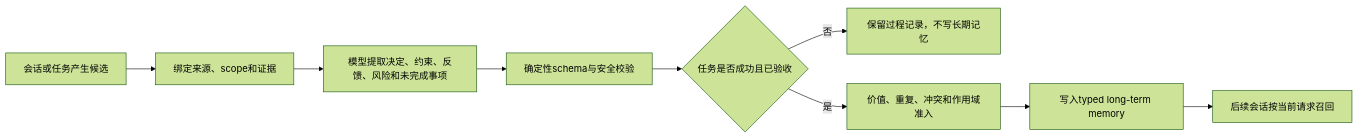
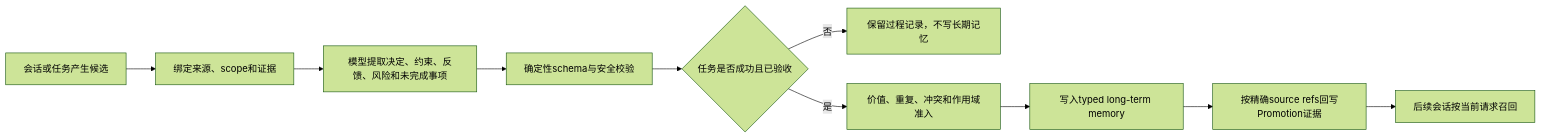
One commit to mumulinya/ccm-web changed the third of 3 diagrams in docs/confirmed-business-processes/MEMORY-SYSTEM-END-TO-END.md. Above: the diagram before and after it, drawn with Mermaid (forest theme). The commit also changed other lines of this file and 308 other files, not shown here.

````diff
--- a/docs/confirmed-business-processes/MEMORY-SYSTEM-END-TO-END.md
+++ b/docs/confirmed-business-processes/MEMORY-SYSTEM-END-TO-END.md
@@ -291,11 +415,12 @@
 ```mermaid
 flowchart LR
     A["会话或任务产生候选"] --> B["绑定来源、scope和证据"]
     B --> C["模型提取决定、约束、反馈、风险和未完成事项"]
     C --> D["确定性schema与安全校验"]
     D --> E{"任务是否成功且已验收"}
     E -- 否 --> F["保留过程记录，不写长期记忆"]
     E -- 是 --> G["价值、重复、冲突和作用域准入"]
     G --> H["写入typed long-term memory"]
-    H --> I["后续会话按当前请求召回"]
+    H --> H1["按精确source refs回写Promotion证据"]
+    H1 --> I["后续会话按当前请求召回"]
 ```
````
